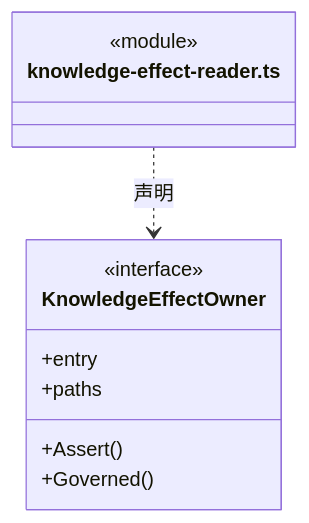
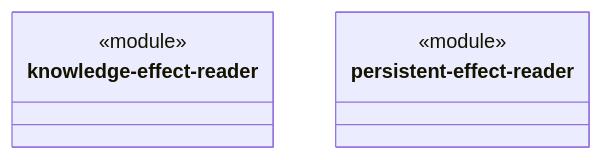
The diagram in src/logic/evidence/service/ARCHITECTURE.md (nan023062/cbim), drawn with Mermaid before and after one commit. The commit also changed other lines of this file and 158 other files, not shown here.

Commit message:
docs: model architecture through nested virtual encapsulations

````diff
--- a/src/logic/evidence/service/ARCHITECTURE.md
+++ b/src/logic/evidence/service/ARCHITECTURE.md
@@ -53,14 +18,11 @@
 ```mermaid
 classDiagram
-class N_src_logic_evidence_service_knowledge_effect_reader_ts["knowledge-effect-reader.ts"] {
+class N_0d15d3b43185["knowledge-effect-reader"] {
   <<module>>
 }
-class N_src_logic_evidence_service_knowledge_effect_reader_ts_KnowledgeEffectOwner["KnowledgeEffectOwner"] {
-  <<interface>>
-  +entry
-  +paths
-  +Assert()
-  +Governed()
+click N_0d15d3b43185 href "knowledge-effect-reader.ts"
+class N_ed4d69fee976["persistent-effect-reader"] {
+  <<module>>
 }
-N_src_logic_evidence_service_knowledge_effect_reader_ts ..> N_src_logic_evidence_service_knowledge_effect_reader_ts_KnowledgeEffectOwner : 声明
+click N_ed4d69fee976 href "persistent-effect-reader.ts"
 ```
````
